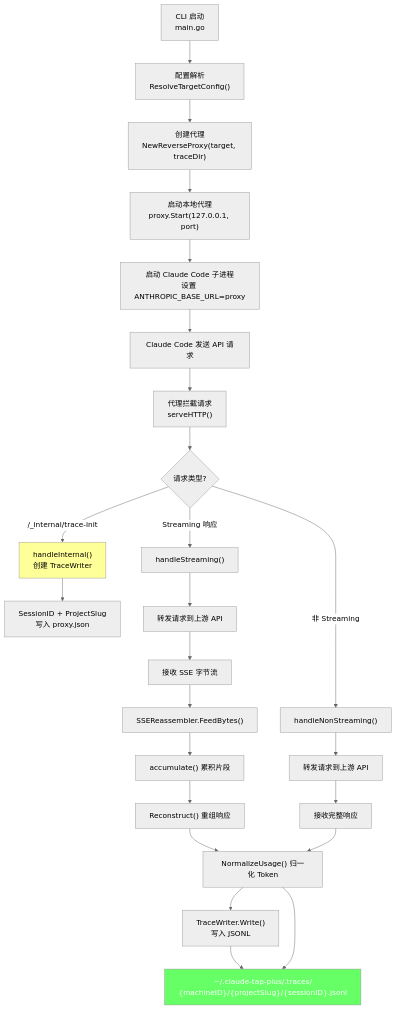
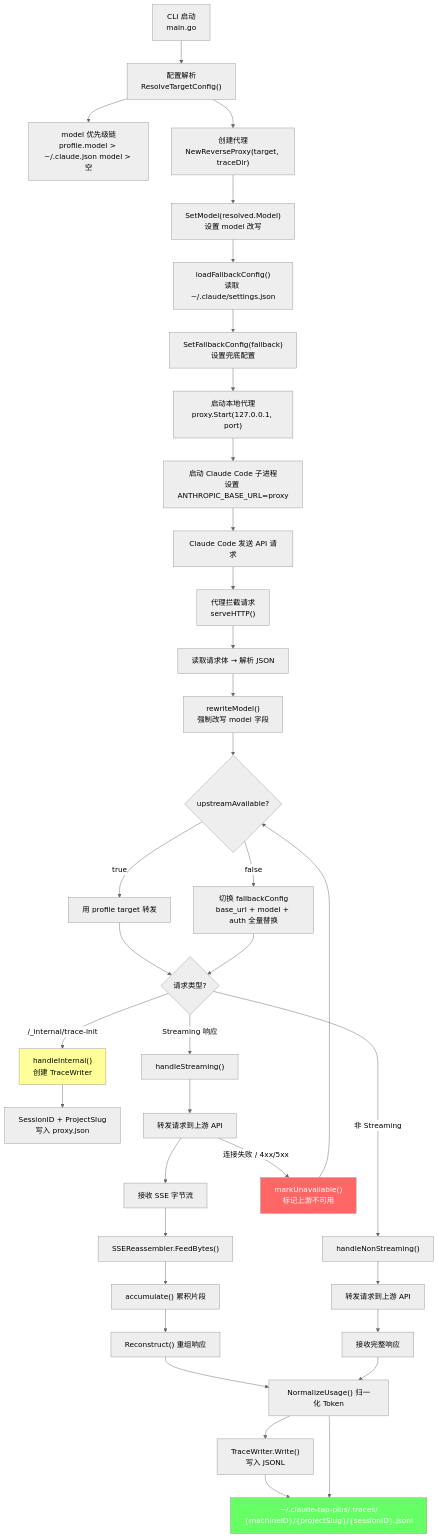
Before and after one commit to xiaoheiDTF/claude-hk: the second of 11 diagrams in doc/redeme/claude-tap-plus-diagrams.md, drawn with Mermaid (neutral theme). The commit also changed other lines of this file, not shown here.

First line of the commit message:
docs: 更新流程图集，补充 model 改写与兜底切换

````diff
--- a/doc/redeme/claude-tap-plus-diagrams.md
+++ b/doc/redeme/claude-tap-plus-diagrams.md
@@ -67,35 +67,50 @@
 ```mermaid
 flowchart TD
     A["CLI 启动<br/>main.go"] --> B["配置解析<br/>ResolveTargetConfig()"]
+    B --> B1["model 优先级链<br/>profile.model > ~/.claude.json model > 空"]
     B --> C["创建代理<br/>NewReverseProxy(target, traceDir)"]
-    C --> D["启动本地代理<br/>proxy.Start(127.0.0.1, port)"]
+    C --> C1["SetModel(resolved.Model)<br/>设置 model 改写"]
+    C1 --> C2["loadFallbackConfig()<br/>读取 ~/.claude/settings.json"]
+    C2 --> C3["SetFallbackConfig(fallback)<br/>设置兜底配置"]
+    C3 --> D["启动本地代理<br/>proxy.Start(127.0.0.1, port)"]
     D --> E["启动 Claude Code 子进程<br/>设置 ANTHROPIC_BASE_URL=proxy"]
 
     E --> F["Claude Code 发送 API 请求"]
     F --> G["代理拦截请求<br/>serveHTTP()"]
 
-    G --> H{请求类型?}
+    G --> G1["读取请求体 → 解析 JSON"]
+    G1 --> G2["rewriteModel()<br/>强制改写 model 字段"]
+    G2 --> G3{"upstreamAvailable?"}
+    G3 -->|"true"| G4["用 profile target 转发"]
+    G3 -->|"false"| G5["切换 fallbackConfig<br/>base_url + model + auth 全量替换"]
+
+    G4 --> H{请求类型?}
+    G5 --> H
 
     H -->|"/_internal/trace-init"| I["handleInternal()<br/>创建 TraceWriter"]
     I --> J["SessionID + ProjectSlug<br/>写入 proxy.json"]
 
     H -->|"Streaming 响应"| K["handleStreaming()"]
     K --> L["转发请求到上游 API"]
     L --> M["接收 SSE 字节流"]
     M --> N["SSEReassembler.FeedBytes()"]
     N --> O["accumulate() 累积片段"]
     O --> P["Reconstruct() 重组响应"]
     P --> Q["NormalizeUsage() 归一化 Token"]
     Q --> R["TraceWriter.Write()<br/>写入 JSONL"]
 
     H -->|"非 Streaming"| S["handleNonStreaming()"]
     S --> T["转发请求到上游 API"]
     T --> U["接收完整响应"]
     U --> Q
 
+    L -->|"连接失败 / 4xx/5xx"| FB["markUnavailable()<br/>标记上游不可用"]
+    FB --> G3
+
     R --> V["~/.claude-tap-plus/.traces/<br/>{machineID}/{projectSlug}/{sessionID}.jsonl"]
     Q --> V
 
     style V fill:#6f6,color:#fff
     style I fill:#ff9
+    style FB fill:#f66,color:#fff
 ```
````
